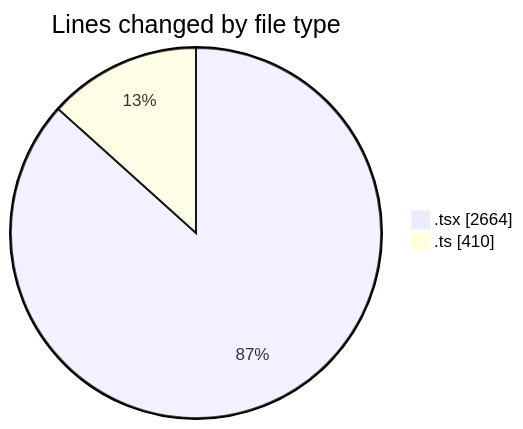
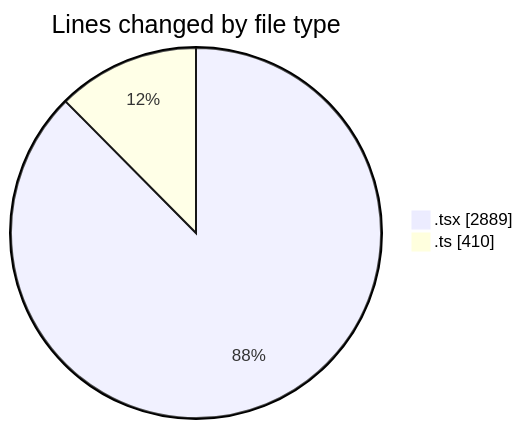
The first of 2 diagrams in 2025-03-07/mbc-web/README.md (robertbonfada/code-tracking), drawn with Mermaid before and after one commit. The commit also changed other lines of this file and 1 other file, not shown here.

````diff
--- a/2025-03-07/mbc-web/README.md
+++ b/2025-03-07/mbc-web/README.md
@@ -27,6 +28,6 @@
 ```mermaid
 pie showData
 title Lines changed by file type
-".tsx" : 2664
+".tsx" : 2889
 ".ts" : 410
 ```
````
